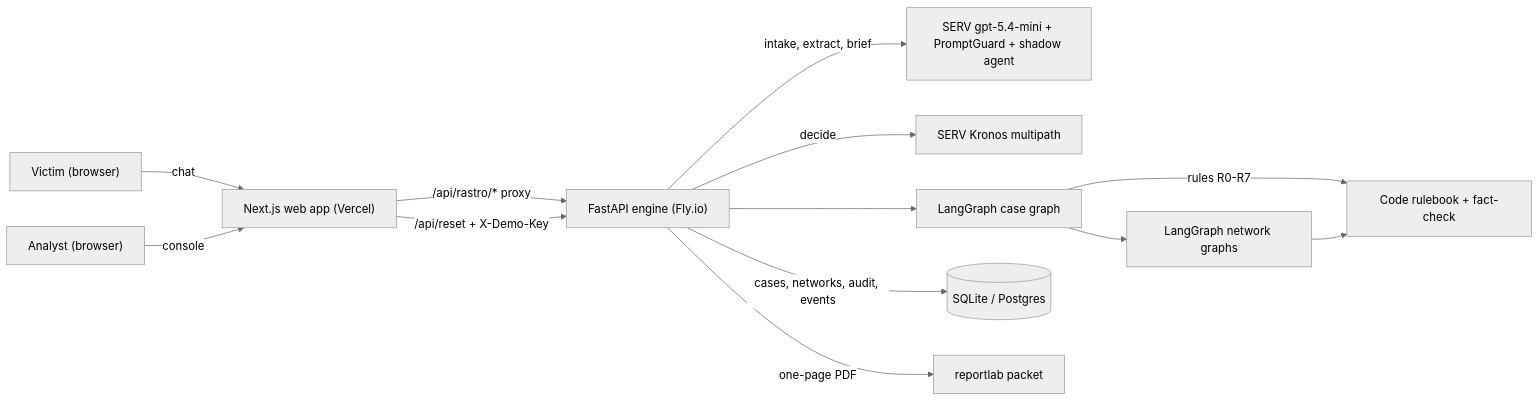
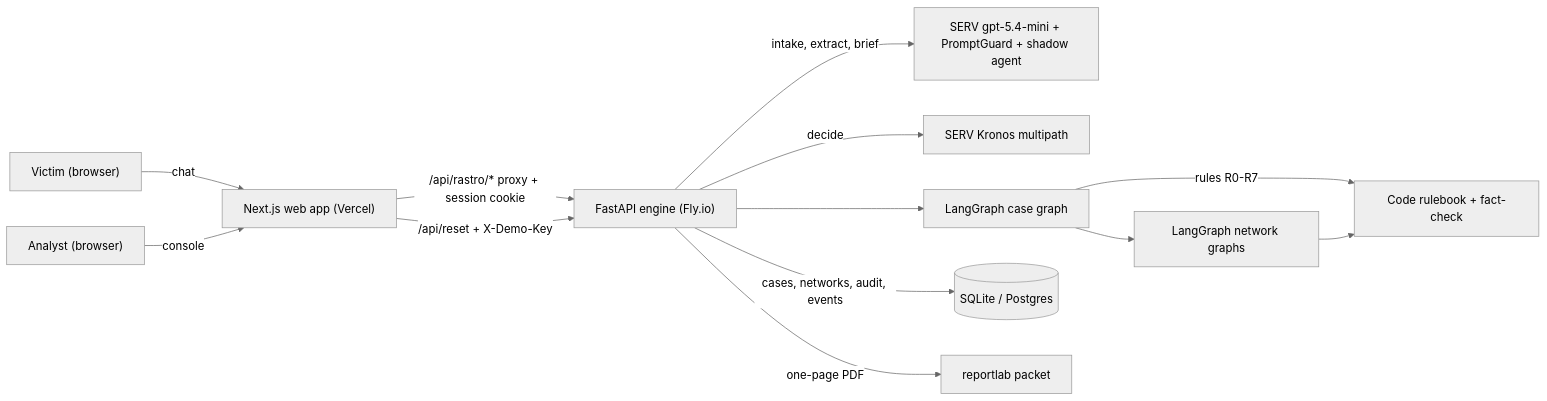
The first of 2 diagrams in README.md (mrfomoweb3/Rastro), drawn with Mermaid (neutral theme) before and after one commit. The commit also changed other lines of this file and 27 other files, not shown here.

````diff
--- a/README.md
+++ b/README.md
@@ -95,15 +103,15 @@
 ```mermaid
 graph LR
   V["Victim (browser)"] -->|chat| W["Next.js web app (Vercel)"]
   A["Analyst (browser)"] -->|console| W
-  W -->|"/api/rastro/* proxy"| E["FastAPI engine (Fly.io)"]
+  W -->|"/api/rastro/* proxy + session cookie"| E["FastAPI engine (Fly.io)"]
   W -->|"/api/reset + X-Demo-Key"| E
   E -->|"intake, extract, brief"| S["SERV gpt-5.4-mini + PromptGuard + shadow agent"]
   E -->|"decide"| K["SERV Kronos multipath"]
   E --> CG["LangGraph case graph"]
   CG --> NG["LangGraph network graphs"]
   CG -->|rules R0-R7| R["Code rulebook + fact-check"]
   NG --> R
   E -->|"cases, networks, audit, events"| D[("SQLite / Postgres")]
   E -->|"one-page PDF"| P["reportlab packet"]
 ```
````
